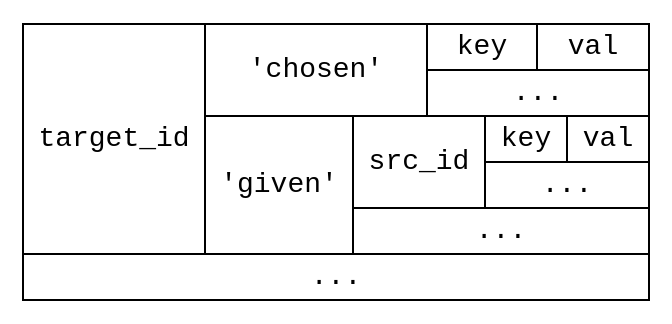
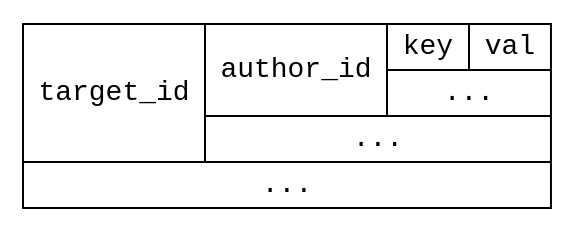
Before and after one commit to tschudin/ssb-icn2019-paper: the diagram in figs/about-ds.dot, drawn with Graphviz. The commit also changed 4 other files, not shown here.

Commit message:
add intro for section 3, streamline the 'about' database schema

```diff
--- a/figs/about-ds.dot
+++ b/figs/about-ds.dot
@@ -1,5 +1,5 @@
 digraph structs {
   node [shape = record, fontname = "courier"];
   rankdir = LR;
-  about [label = "{target_id | {{'chosen' | {{key | val} | ...}} | {\'given' | {{src_id | {{key | val}|...}} | ...  }}}} | ..."];
+  about [label = "{target_id | {{author_id | {{key | val}|...}} | ...  }} | ..."];
 } 
```
